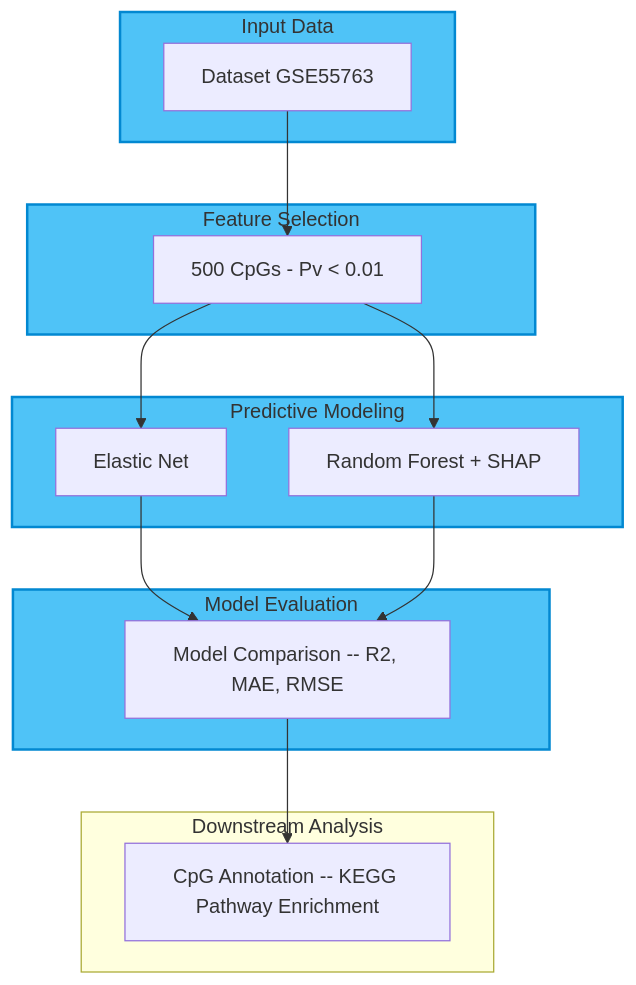
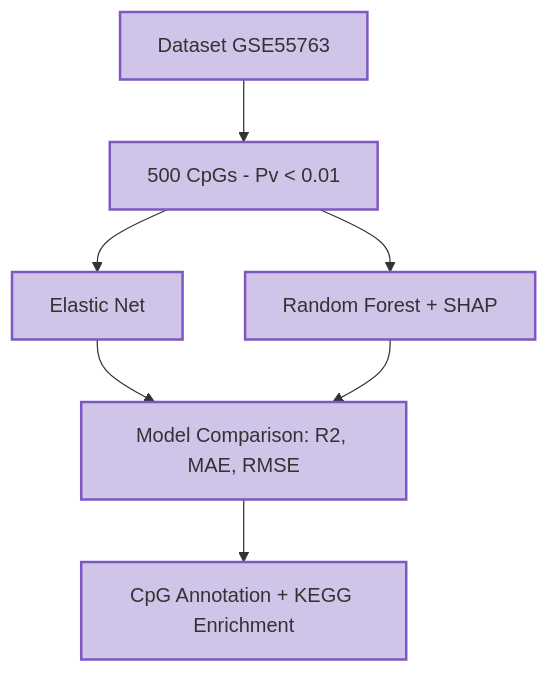
Before and after one commit to Magal88/BINF7700_Capstone_Eisik_Magali: the diagram in README.md, drawn with Mermaid.

Commit message:
Refactor workflow diagram in README.md

````diff
--- a/README.md
+++ b/README.md
@@ -10,42 +10,17 @@
 ```mermaid
 flowchart TD
-    %% Input Data
-    subgraph Input [Input Data]
-        A[Dataset GSE55763]
-    end
-
-    %% Feature selection
-    subgraph FS [Feature Selection]
-        B[500 CpGs - Pv < 0.01]
-    end
-
-    %% Modeling
-    subgraph Modeling [Predictive Modeling]
-        C[Elastic Net]
-        D[Random Forest + SHAP]
-    end
-
-    %% Evaluation
-    subgraph Eval [Model Evaluation]
-        E[Model Comparison -- R2, MAE, RMSE]
-    end
-
-    %% Downstream analysis
-    subgraph Downstream [Downstream Analysis]
-        F[CpG Annotation -- KEGG Pathway Enrichment]
-    end
-
-    %% Connections
-    A --> B
-    B --> C
-    B --> D
-    C --> E
+    A[Dataset GSE55763] --> B[500 CpGs - Pv < 0.01]
+    B --> C[Elastic Net]
+    B --> D[Random Forest + SHAP]
+    C --> E[Model Comparison: R2, MAE, RMSE]
     D --> E
-    E --> F
+    E --> F[CpG Annotation + KEGG Enrichment]
 
     %% Styles
-    style Input fill:#4fc3f7,stroke:#0288d1,stroke-width:2px
-    style FS fill:#4fc3f7,stroke:#0288d1,stroke-width:2px
-    style Modeling fill:#4fc3f7,stroke:#0288d1,stroke-width:2px
-    style Eval fill:#4fc3f7,stroke:#0288d1,stroke-width:2px
+    style A fill:#d1c4e9,stroke:#7e57c2,stroke-width:2px
+    style B fill:#d1c4e9,stroke:#7e57c2,stroke-width:2px
+    style C fill:#d1c4e9,stroke:#7e57c2,stroke-width:2px
+    style D fill:#d1c4e9,stroke:#7e57c2,stroke-width:2px
+    style E fill:#d1c4e9,stroke:#7e57c2,stroke-width:2px
+    style F fill:#d1c4e9,stroke:#7e57c2,stroke-width:2px
 ```
````
